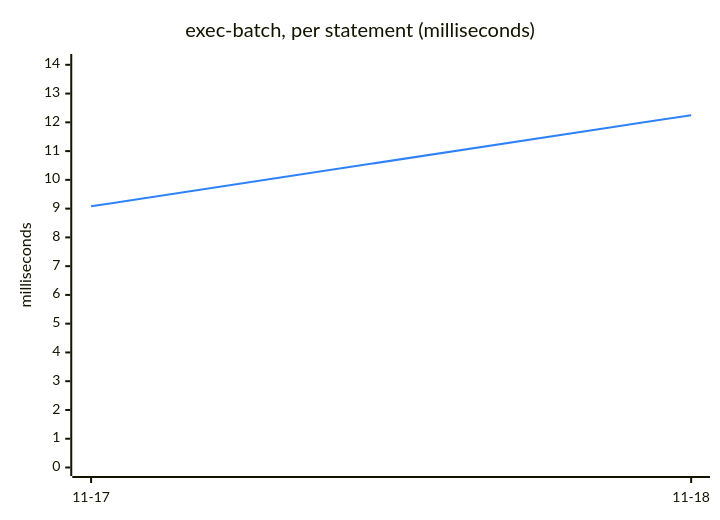
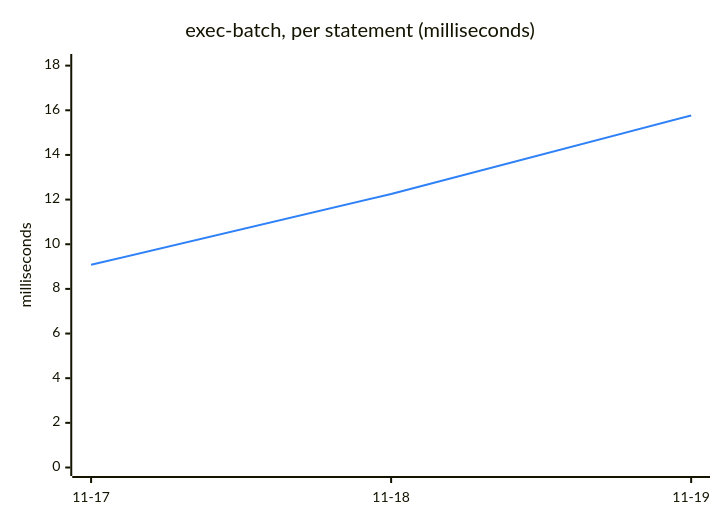
Before and after one commit to Ricovl/mxcli: the fifth of 6 diagrams in TREND.md, drawn with Mermaid. The commit also changed other lines of this file and 2 other files, not shown here.

````diff
--- a/TREND.md
+++ b/TREND.md
@@ -111,13 +111,13 @@
 ```mermaid
 ---
 config:
   themeVariables:
     xyChart:
       plotColorPalette: "#2f81f7"
 ---
 xychart-beta
     title "exec-batch, per statement (milliseconds)"
-    x-axis ["11-17", "11-18"]
-    y-axis "milliseconds" 0 --> 14.08
-    line [9.08, 12.25]
+    x-axis ["11-17", "11-18", "11-19"]
+    y-axis "milliseconds" 0 --> 18.14
+    line [9.08, 12.25, 15.77]
 ```
````
